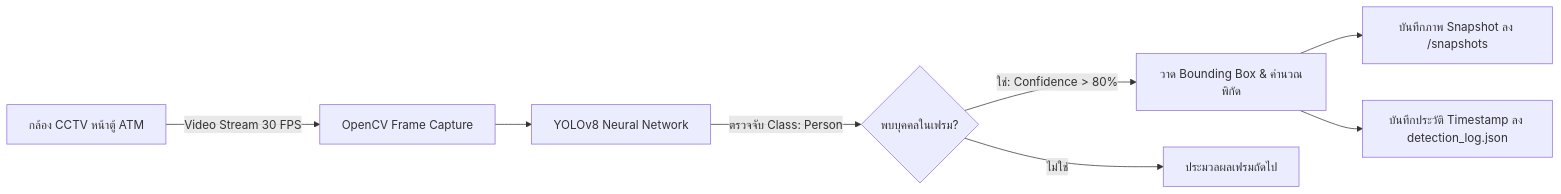
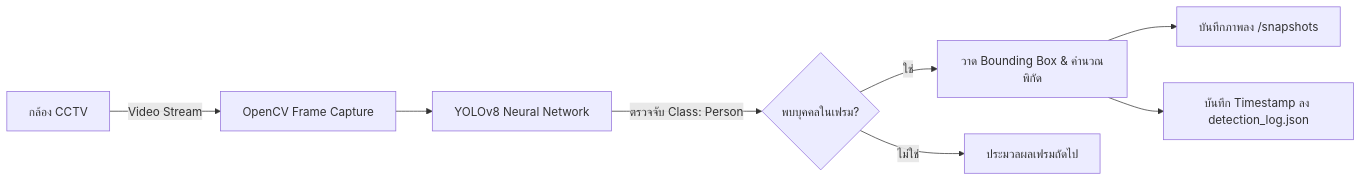
The fifth of 9 diagrams in README.md (FANG9356/MyProject), drawn with Mermaid before and after one commit. The commit also changed other lines of this file and 1 other file, not shown here.

````diff
--- a/README.md
+++ b/README.md
@@ -247,10 +216,10 @@
 ```mermaid
 flowchart LR
- A[กล้อง CCTV หน้าตู้ ATM] -->|Video Stream 30 FPS| B[OpenCV Frame Capture]
- B --> C[YOLOv8 Neural Network]
- C -->|ตรวจจับ Class: Person| D{พบบุคคลในเฟรม?}
- D -->|ใช่: Confidence > 80%| E[วาด Bounding Box & คำนวณพิกัด]
- E --> F[บันทึกภาพ Snapshot ลง /snapshots]
- E --> G[บันทึกประวัติ Timestamp ลง detection_log.json]
- D -->|ไม่ใช่| H[ประมวลผลเฟรมถัดไป]
+  A[กล้อง CCTV] -->|Video Stream| B[OpenCV Frame Capture]
+  B --> C[YOLOv8 Neural Network]
+  C -->|ตรวจจับ Class: Person| D{พบบุคคลในเฟรม?}
+  D -->|ใช่| E[วาด Bounding Box & คำนวณพิกัด]
+  E --> F[บันทึกภาพลง /snapshots]
+  E --> G[บันทึก Timestamp ลง detection_log.json]
+  D -->|ไม่ใช่| H[ประมวลผลเฟรมถัดไป]
 ```
````
